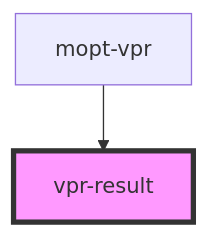
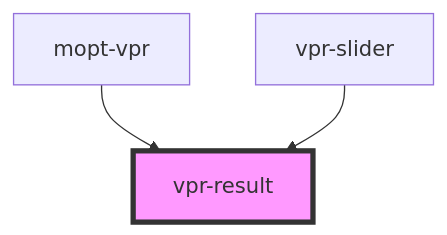
Before and after one commit to vviinn/widgets: the diagram in src/components/mopt-vpr/vpr-result/readme.md, drawn with Mermaid. The commit also changed other lines of this file and 2 other files, not shown here.

Commit message:
Automatic docs update

````diff
--- a/src/components/mopt-vpr/vpr-result/readme.md
+++ b/src/components/mopt-vpr/vpr-result/readme.md
@@ -40,5 +41,6 @@
 ```mermaid
 graph TD;
   mopt-vpr --> vpr-result
+  vpr-slider --> vpr-result
   style vpr-result fill:#f9f,stroke:#333,stroke-width:4px
 ```
````
